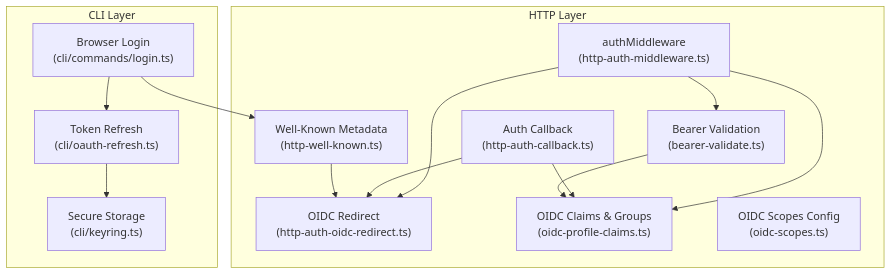
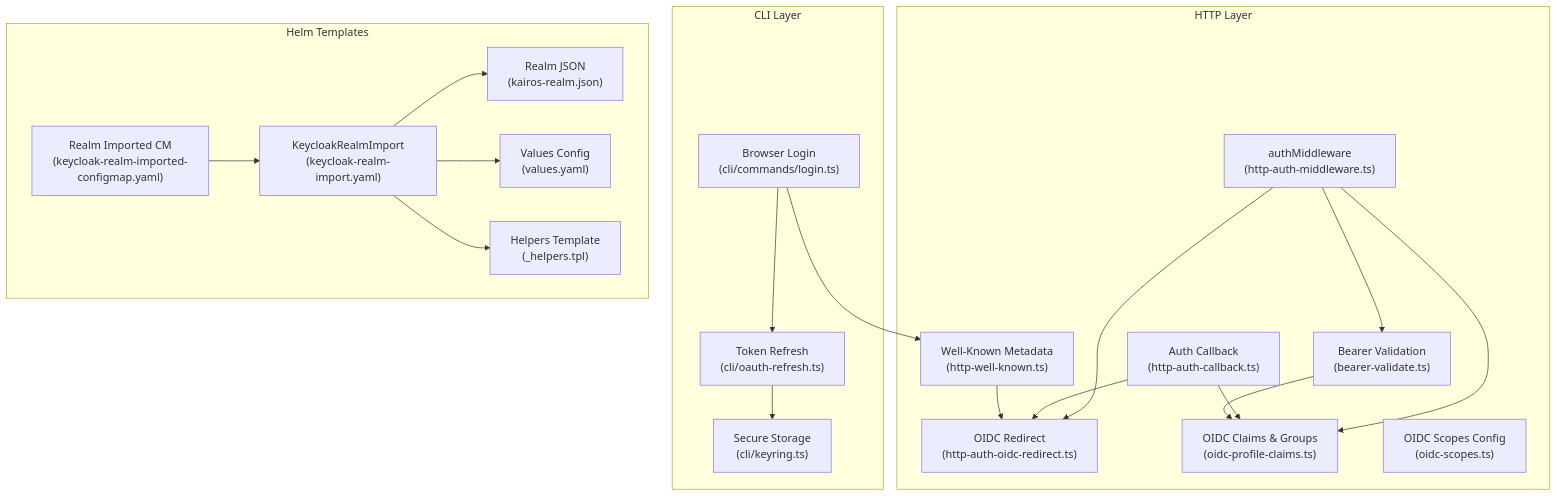
The first of 9 diagrams in .qoder/repowiki/en/content/Architecture & Design/Core Services Architecture/Authentication Services Architecture/Authentication Services Architecture.md (debian777/kairos-mcp), drawn with Mermaid before and after one commit. The commit also changed other lines of this file and 16 other files, not shown here.

````diff
--- a/.qoder/repowiki/en/content/Architecture & Design/Core Services Architecture/Authentication Services Architecture/Authentication Services Architecture.md
+++ b/.qoder/repowiki/en/content/Architecture & Design/Core Services Architecture/Authentication Services Architecture/Authentication Services Architecture.md
@@ -45,27 +48,38 @@
 ```mermaid
 graph TB
 subgraph "HTTP Layer"
 MW["authMiddleware<br/>(http-auth-middleware.ts)"]
 REDIR["OIDC Redirect<br/>(http-auth-oidc-redirect.ts)"]
 CB["Auth Callback<br/>(http-auth-callback.ts)"]
 WELL["Well-Known Metadata<br/>(http-well-known.ts)"]
 BEAR["Bearer Validation<br/>(bearer-validate.ts)"]
 CLAIMS["OIDC Claims & Groups<br/>(oidc-profile-claims.ts)"]
 SCOPES["OIDC Scopes Config<br/>(oidc-scopes.ts)"]
 end
 subgraph "CLI Layer"
 LOGIN["Browser Login<br/>(cli/commands/login.ts)"]
 REFRESH["Token Refresh<br/>(cli/oauth-refresh.ts)"]
 KEYRING["Secure Storage<br/>(cli/keyring.ts)"]
 end
+subgraph "Helm Templates"
+REIMPL["KeycloakRealmImport<br/>(keycloak-realm-import.yaml)"]
+REIMPC["Realm Imported CM<br/>(keycloak-realm-imported-configmap.yaml)"]
+HELPERS["Helpers Template<br/>(_helpers.tpl)"]
+VALUES["Values Config<br/>(values.yaml)"]
+REALMJSON["Realm JSON<br/>(kairos-realm.json)"]
+end
 MW --> REDIR
 MW --> BEAR
 MW --> CLAIMS
 CB --> CLAIMS
 CB --> REDIR
 WELL --> REDIR
 LOGIN --> WELL
 LOGIN --> REFRESH
 REFRESH --> KEYRING
 BEAR --> CLAIMS
+REIMPL --> REALMJSON
+REIMPL --> VALUES
+REIMPL --> HELPERS
+REIMPC --> REIMPL
 ```
````
